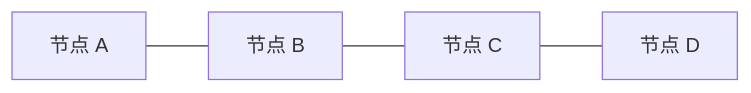
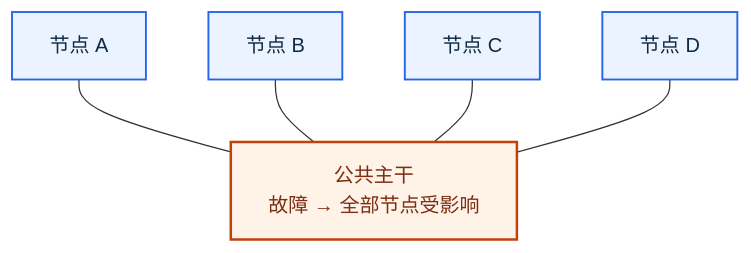
The first of 5 diagrams in 01_综合知识/01_计算机系统基础知识/03_计算机网络/08_网络工程与组网/网络拓扑结构.md (74262195/system-architect-notes), drawn with Mermaid before and after one commit. The commit also changed other lines of this file, not shown here.

````diff
--- a/01_综合知识/01_计算机系统基础知识/03_计算机网络/08_网络工程与组网/网络拓扑结构.md
+++ b/01_综合知识/01_计算机系统基础知识/03_计算机网络/08_网络工程与组网/网络拓扑结构.md
@@ -51,4 +47,12 @@
 ```mermaid
-flowchart LR
-    A[节点 A] --- B[节点 B] --- C[节点 C] --- D[节点 D]
+%%{init: {'theme':'base','themeVariables':{'primaryColor':'#EAF3FF','primaryTextColor':'#102A43','primaryBorderColor':'#2563EB','lineColor':'#475569','fontFamily':'-apple-system, BlinkMacSystemFont, "Segoe UI", sans-serif'}}}%%
+flowchart TB
+    A[节点 A] --- BUS[公共主干<br/>故障 → 全部节点受影响]
+    B[节点 B] --- BUS
+    C[节点 C] --- BUS
+    D[节点 D] --- BUS
+    classDef node fill:#EAF3FF,stroke:#2563EB,color:#102A43,stroke-width:1.5px
+    classDef critical fill:#FFF3E8,stroke:#C2410C,color:#7C2D12,stroke-width:2px
+    class A,B,C,D node
+    class BUS critical
 ```
````
